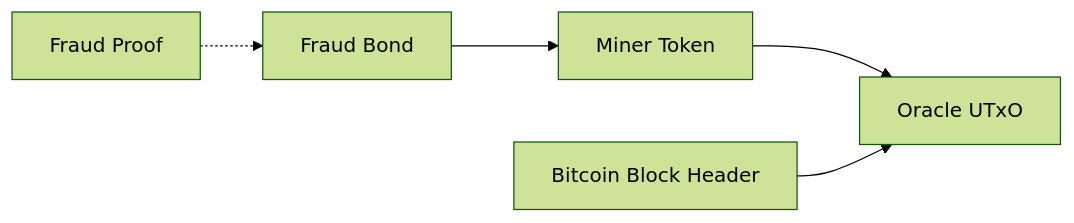
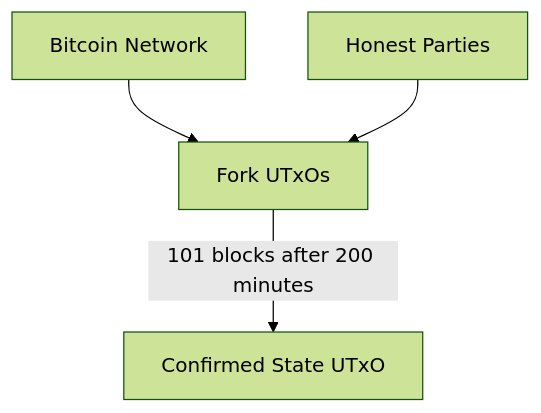
Before and after one commit to lantr-io/binocular: the first of 5 diagrams in Litepaper.md, drawn with Mermaid (forest theme). The commit also changed other lines of this file and 1 other file, not shown here.

Commit message:
docs: update Litepaper and Whitepaper to reflect changes in Binocular architecture and processes

````diff
--- a/Litepaper.md
+++ b/Litepaper.md
@@ -29,7 +29,6 @@
 ```mermaid
-graph LR
-    A[Fraud Bond] --> B[Miner Token]
-    B --> C[Oracle UTxO]
-    D[Bitcoin Block Header] --> C
-    E[Fraud Proof] -.-> A
+graph TB
+    A[Bitcoin Network] --> B[Fork UTxOs]
+    B -->|101 blocks after 200 minutes| C[Confirmed State UTxO]
+    D[Honest Parties] --> B
 ```
````
